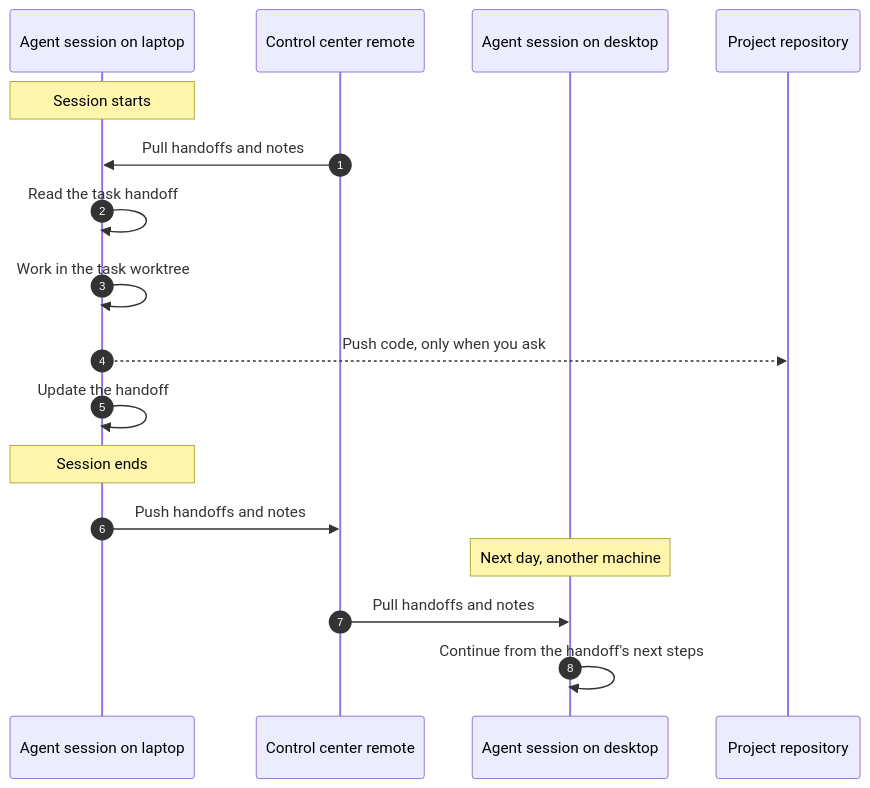
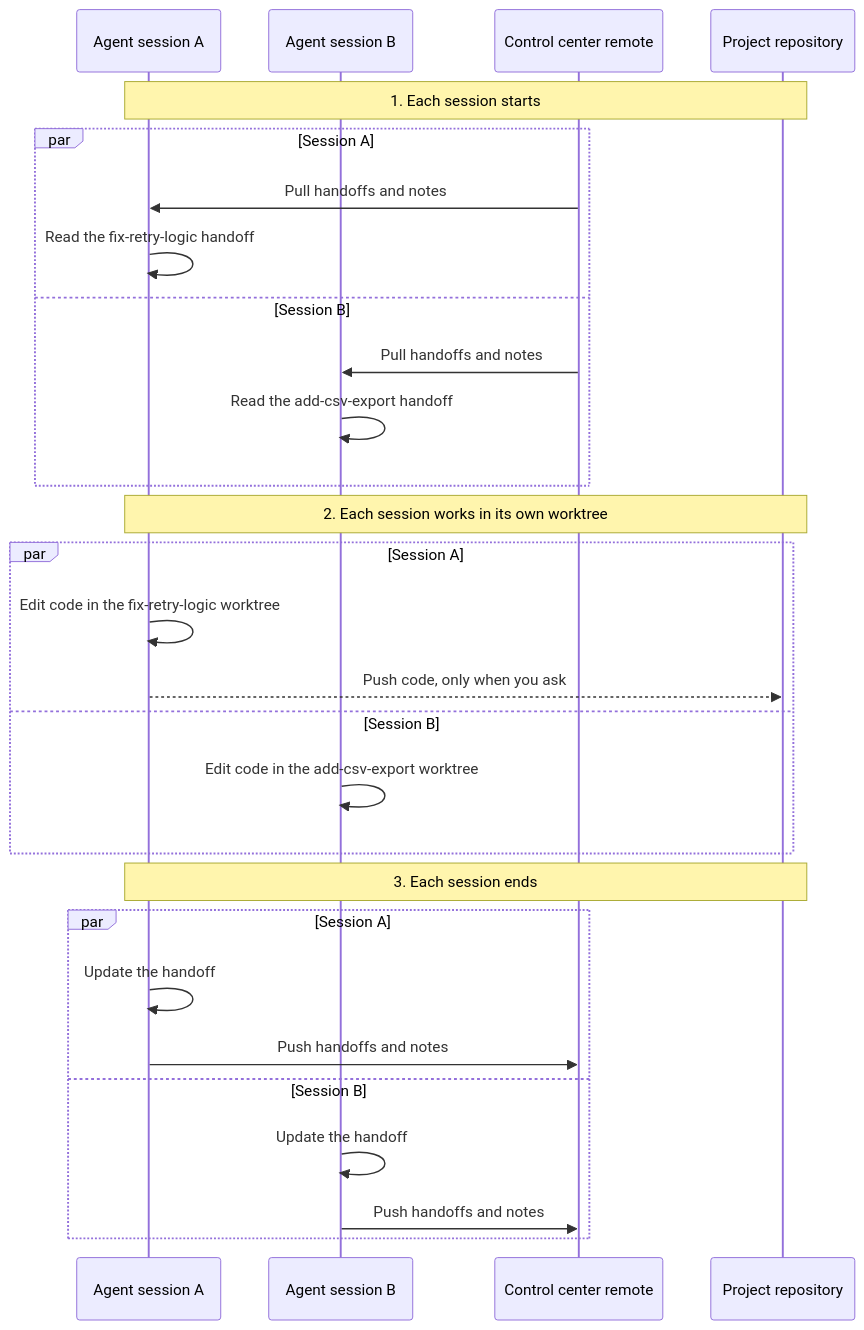
One commit to znicholasbrown/agent-control-center changed the diagram in README.md. Above: the diagram before and after it, drawn with Mermaid. The commit also changed other lines of this file, not shown here.

````diff
--- a/README.md
+++ b/README.md
@@ -35,21 +37,33 @@
 ```mermaid
 sequenceDiagram
-    autonumber
-    participant L as Agent session on laptop
+    participant A as Agent session A
+    participant B as Agent session B
     participant CC as Control center remote
-    participant D as Agent session on desktop
     participant R as Project repository
 
-    Note over L: Session starts
-    CC->>L: Pull handoffs and notes
-    L->>L: Read the task handoff
-    L->>L: Work in the task worktree
-    L-->>R: Push code, only when you ask
-    L->>L: Update the handoff
-    Note over L: Session ends
-    L->>CC: Push handoffs and notes
+    Note over A,R: 1. Each session starts
+    par Session A
+        CC->>A: Pull handoffs and notes
+        A->>A: Read the fix-retry-logic handoff
+    and Session B
+        CC->>B: Pull handoffs and notes
+        B->>B: Read the add-csv-export handoff
+    end
 
-    Note over D: Next day, another machine
-    CC->>D: Pull handoffs and notes
-    D->>D: Continue from the handoff's next steps
+    Note over A,R: 2. Each session works in its own worktree
+    par Session A
+        A->>A: Edit code in the fix-retry-logic worktree
+        A-->>R: Push code, only when you ask
+    and Session B
+        B->>B: Edit code in the add-csv-export worktree
+    end
+
+    Note over A,R: 3. Each session ends
+    par Session A
+        A->>A: Update the handoff
+        A->>CC: Push handoffs and notes
+    and Session B
+        B->>B: Update the handoff
+        B->>CC: Push handoffs and notes
+    end
 ```
````
